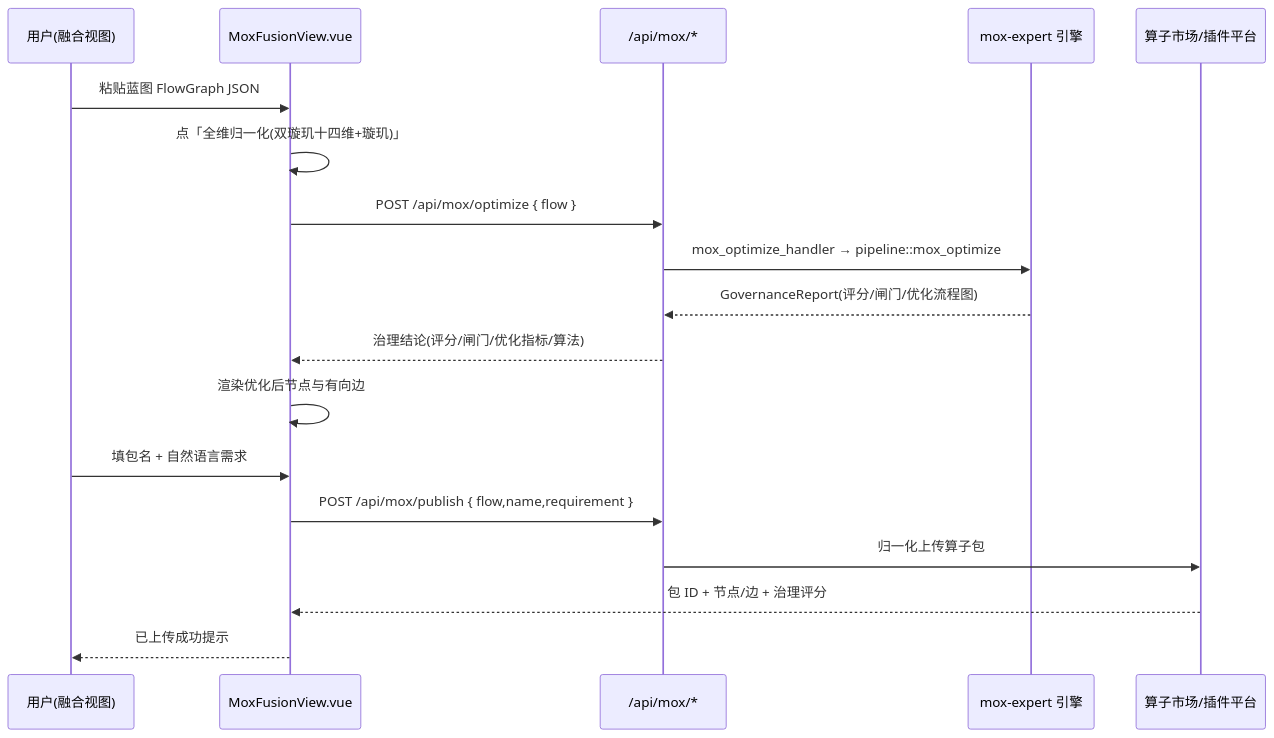
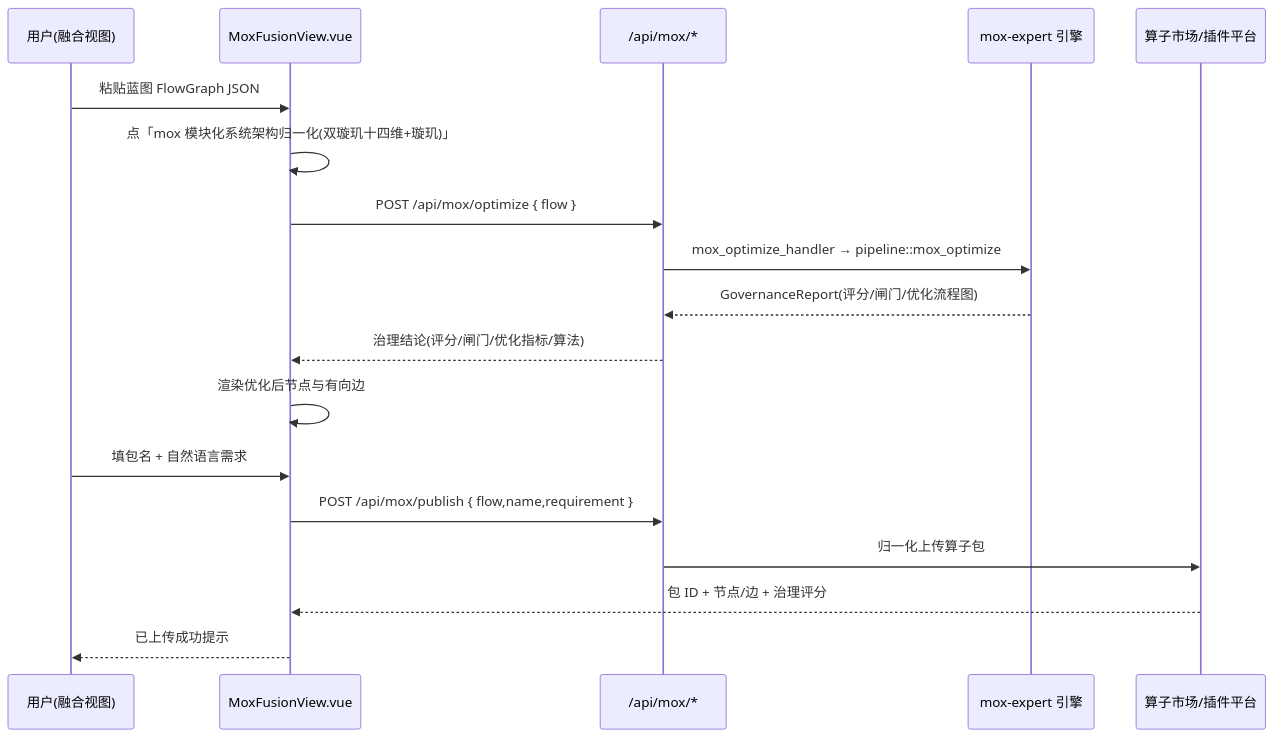
One commit to aikjx/mox changed the second of 4 diagrams in docs/modules/mox-expert-alliance-fusion-flows.md. Above: the diagram before and after it, drawn with Mermaid. The commit also changed other lines of this file and 608 other files, not shown here.

````diff
--- a/docs/modules/mox-expert-alliance-fusion-flows.md
+++ b/docs/modules/mox-expert-alliance-fusion-flows.md
@@ -75,21 +75,21 @@
 ```mermaid
 sequenceDiagram
     participant U as 用户(融合视图)
     participant V as MoxFusionView.vue
     participant API as /api/mox/*
     participant EA as mox-expert 引擎
     participant M as 算子市场/插件平台
 
     U->>V: 粘贴蓝图 FlowGraph JSON
-    V->>V: 点「全维归一化(双璇玑十四维+璇玑)」
+    V->>V: 点「mox 模块化系统架构归一化(双璇玑十四维+璇玑)」
     V->>API: POST /api/mox/optimize { flow }
     API->>EA: mox_optimize_handler → pipeline::mox_optimize
     EA-->>API: GovernanceReport(评分/闸门/优化流程图)
     API-->>V: 治理结论(评分/闸门/优化指标/算法)
     V->>V: 渲染优化后节点与有向边
     U->>V: 填包名 + 自然语言需求
     V->>API: POST /api/mox/publish { flow,name,requirement }
     API->>M: 归一化上传算子包
     M-->>V: 包 ID + 节点/边 + 治理评分
     V-->>U: 已上传成功提示
 ```
````
